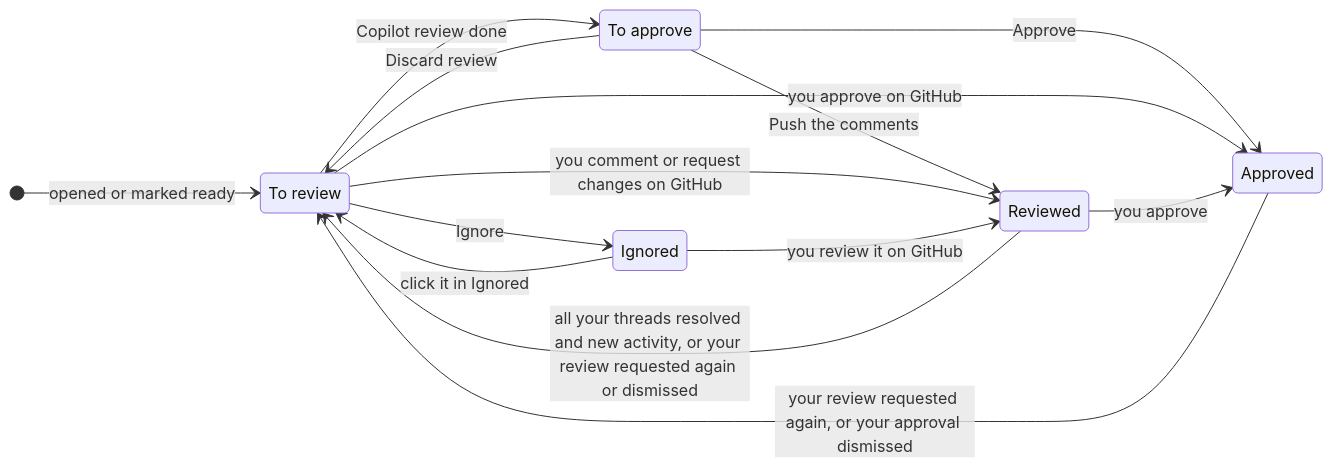
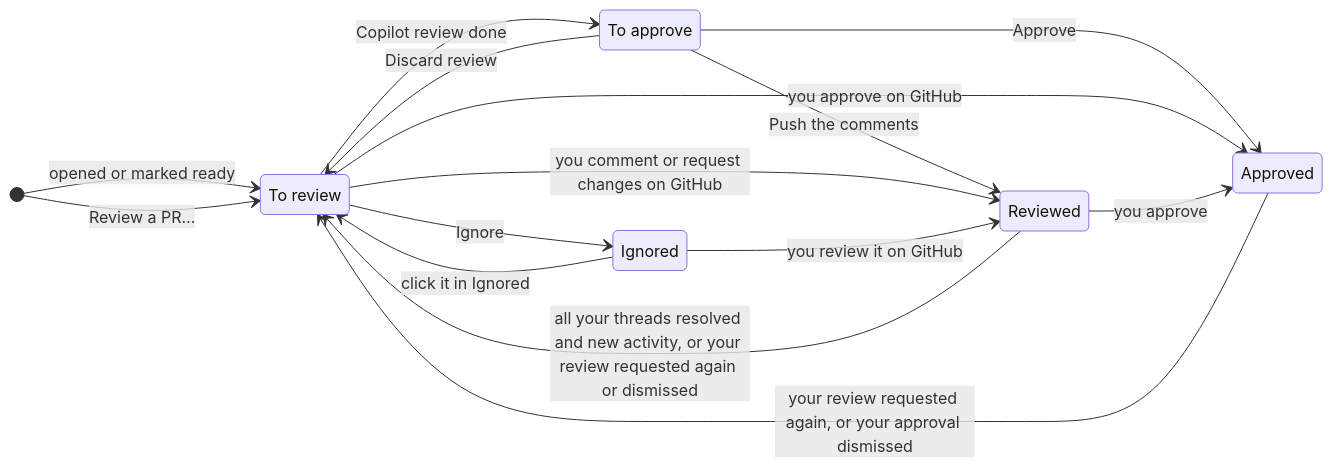
One commit to andras-aniski/mac_tweaks changed the diagram in menubar-pr-reviewer/README.md. Above: the diagram before and after it, drawn with Mermaid. The commit also changed other lines of this file and 2 other files, not shown here.

Commit message:
menubar-pr-reviewer: review any PR from its URL

````diff
--- a/menubar-pr-reviewer/README.md
+++ b/menubar-pr-reviewer/README.md
@@ -34,23 +35,24 @@
 ```mermaid
 stateDiagram-v2
     direction LR
     state "To review" as ToReview
     state "To approve" as ToApprove
     state "Reviewed" as Reviewed
     state "Approved" as Approved
     state "Ignored" as Ignored
 
     [*] --> ToReview: opened or marked ready
+    [*] --> ToReview: Review a PR…
     ToReview --> Ignored: Ignore
     Ignored --> ToReview: click it in Ignored
     ToReview --> ToApprove: Copilot review done
     ToApprove --> ToReview: Discard review
     ToApprove --> Reviewed: Push the comments
     ToApprove --> Approved: Approve
     ToReview --> Reviewed: you comment or request changes on GitHub
     ToReview --> Approved: you approve on GitHub
     Ignored --> Reviewed: you review it on GitHub
     Reviewed --> ToReview: all your threads resolved and new activity, or your review requested again or dismissed
     Reviewed --> Approved: you approve
     Approved --> ToReview: your review requested again, or your approval dismissed
 ```
````
